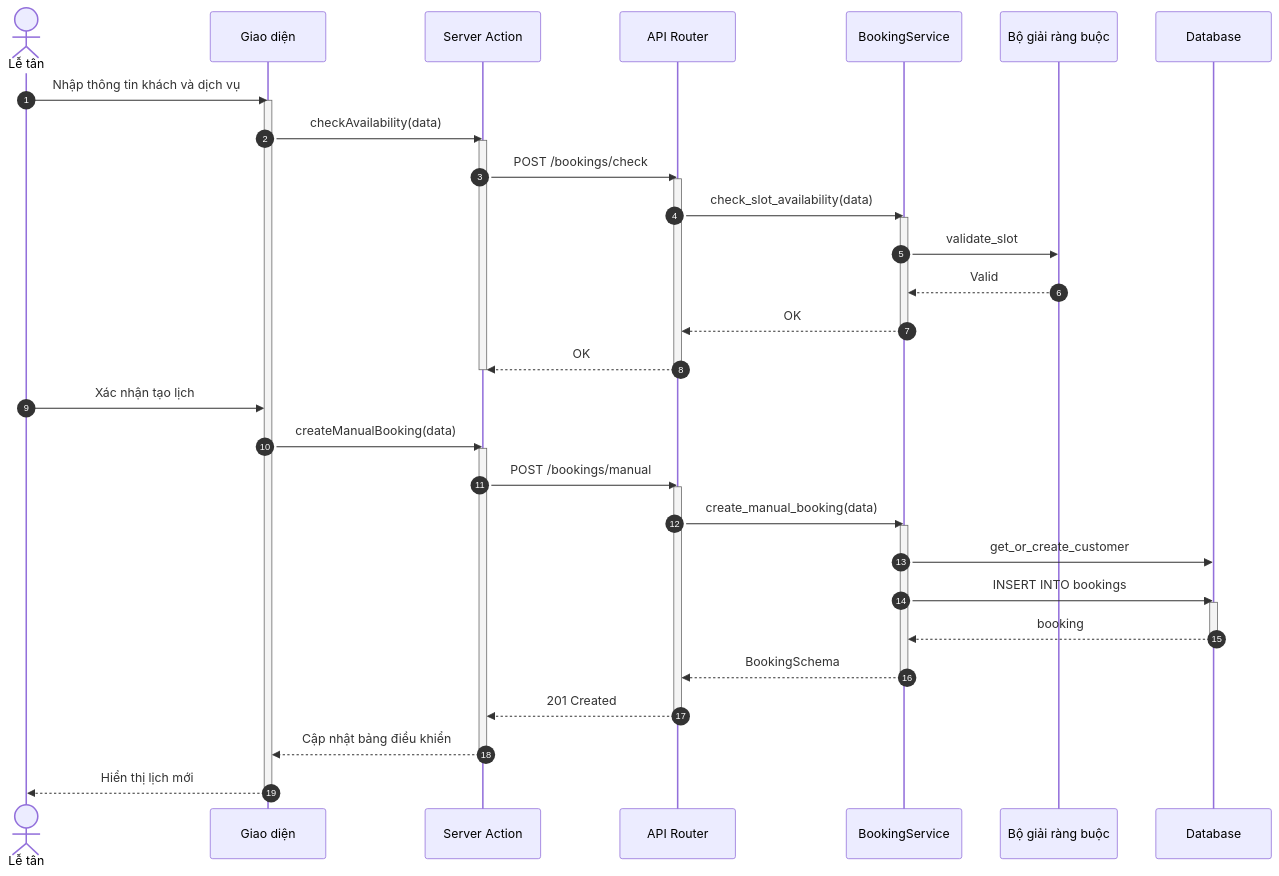
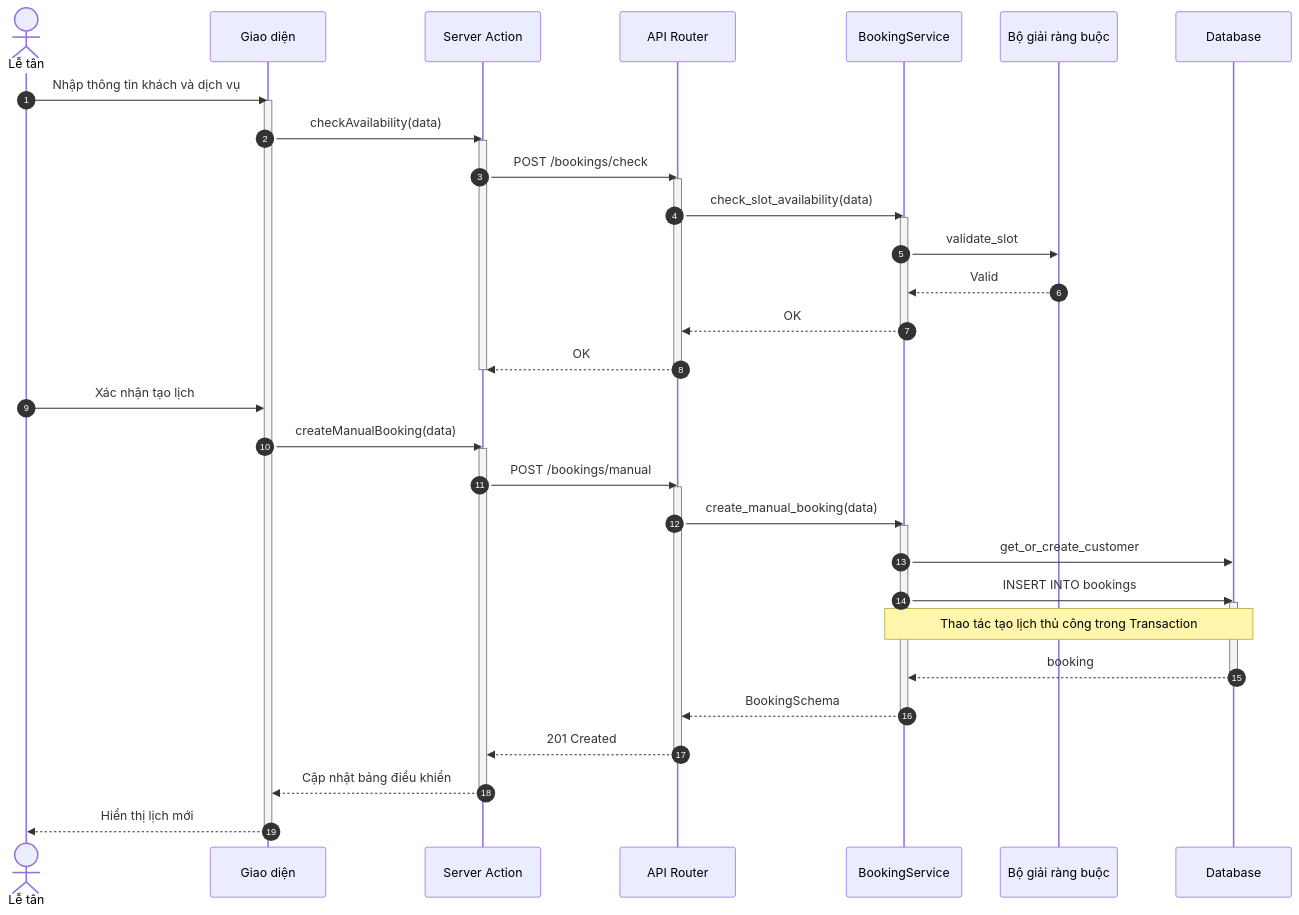
The third of 8 diagrams in docs/design/sequences/receptionist_flows.md (ngoctinn/Synapse), drawn with Mermaid before and after one commit. The commit also changed other lines of this file and 9 other files, not shown here.

Commit message:
docs: Add initial design documentation for customer, receptionist, technician, and authentication flows, along with antigravity feature plans.

````diff
--- a/docs/design/sequences/receptionist_flows.md
+++ b/docs/design/sequences/receptionist_flows.md
@@ -130,56 +130,57 @@
 ```mermaid
 sequenceDiagram
     autonumber
     actor LT as Lễ tân
     participant UI as Giao diện
     participant BFF as Server Action
     participant API as API Router
     participant S as BookingService
     participant SOLVER as Bộ giải ràng buộc
     participant DB as Database
 
     LT->>UI: Nhập thông tin khách và dịch vụ
     activate UI
     UI->>BFF: checkAvailability(data)
     activate BFF
 
     BFF->>API: POST /bookings/check
     activate API
     API->>S: check_slot_availability(data)
     activate S
     S->>SOLVER: validate_slot
     SOLVER-->>S: Valid
     S-->>API: OK
     deactivate S
     API-->>BFF: OK
     deactivate API
     deactivate BFF
 
     LT->>UI: Xác nhận tạo lịch
     UI->>BFF: createManualBooking(data)
     activate BFF
 
     BFF->>API: POST /bookings/manual
     activate API
 
     API->>S: create_manual_booking(data)
     activate S
 
     S->>DB: get_or_create_customer
     S->>DB: INSERT INTO bookings
     activate DB
+    Note over S,DB: Thao tác tạo lịch thủ công trong Transaction
     DB-->>S: booking
     deactivate DB
 
     S-->>API: BookingSchema
     deactivate S
 
     API-->>BFF: 201 Created
     deactivate API
 
     BFF-->>UI: Cập nhật bảng điều khiển
     deactivate BFF
 
     UI-->>LT: Hiển thị lịch mới
     deactivate UI
 ```
````
